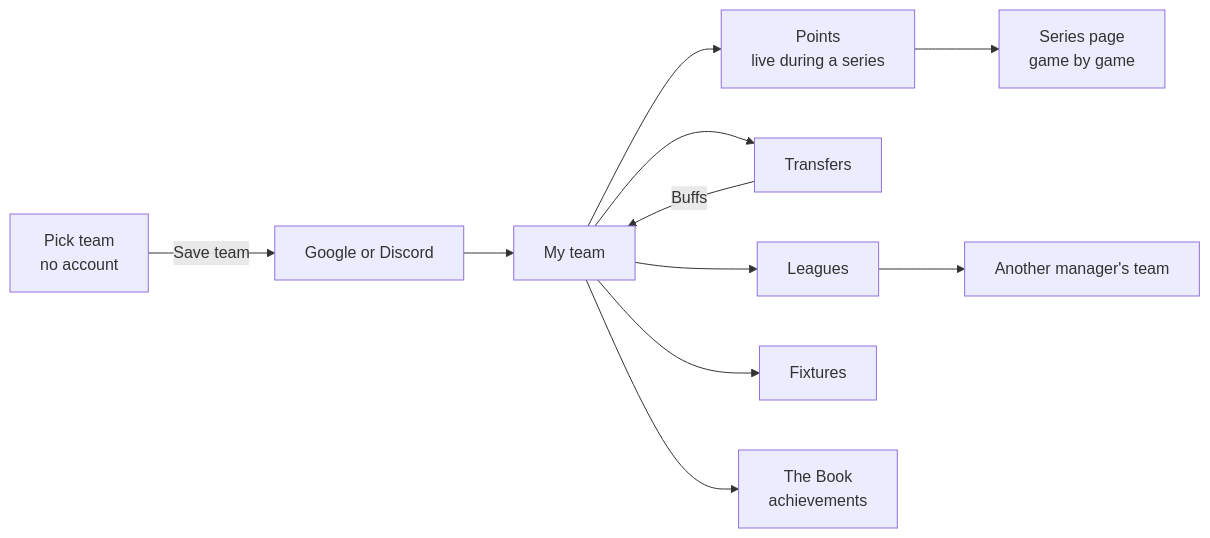
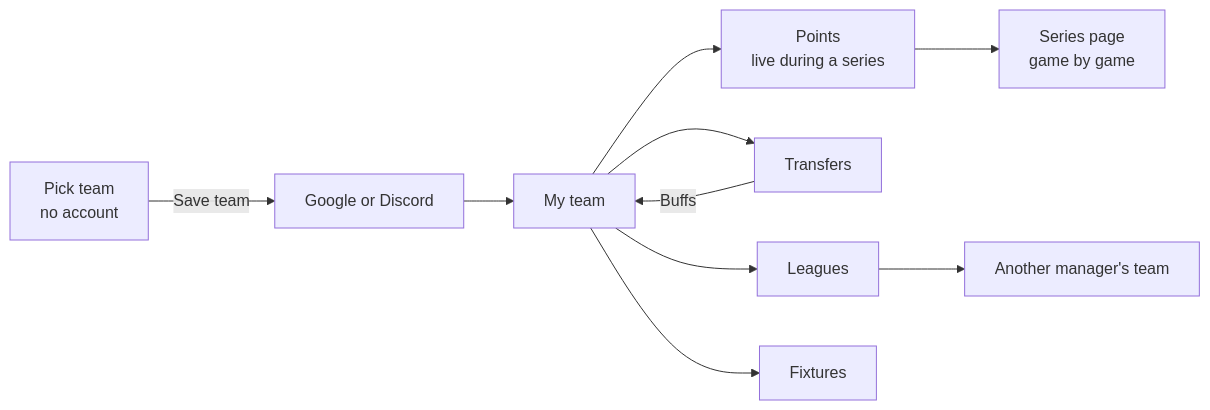
The diagram in docs/design/site-flow.md (cBallGitWork/lck-fantasy), drawn with Mermaid before and after one commit. The commit also changed other lines of this file and 7 other files, not shown here.

````diff
--- a/docs/design/site-flow.md
+++ b/docs/design/site-flow.md
@@ -9,13 +9,12 @@
 ```mermaid
 flowchart LR
   Land[Pick team<br/>no account] -->|Save team| Sign[Google or Discord]
   Sign --> Home[My team]
   Home --> Points[Points<br/>live during a series]
   Home --> Transfers
   Home --> Leagues
   Home --> Fixtures
-  Home --> Book[The Book<br/>achievements]
   Points --> Series[Series page<br/>game by game]
   Leagues --> Rival[Another manager's team]
   Transfers -->|Buffs| Home
 ```
````
